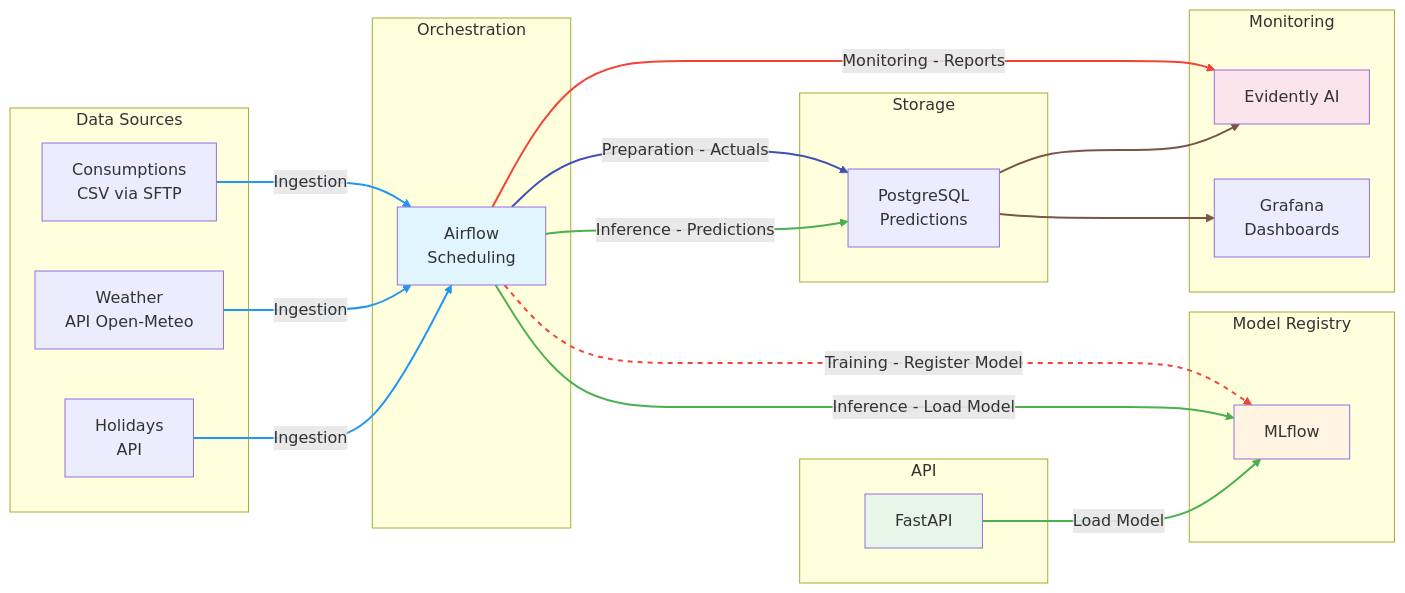
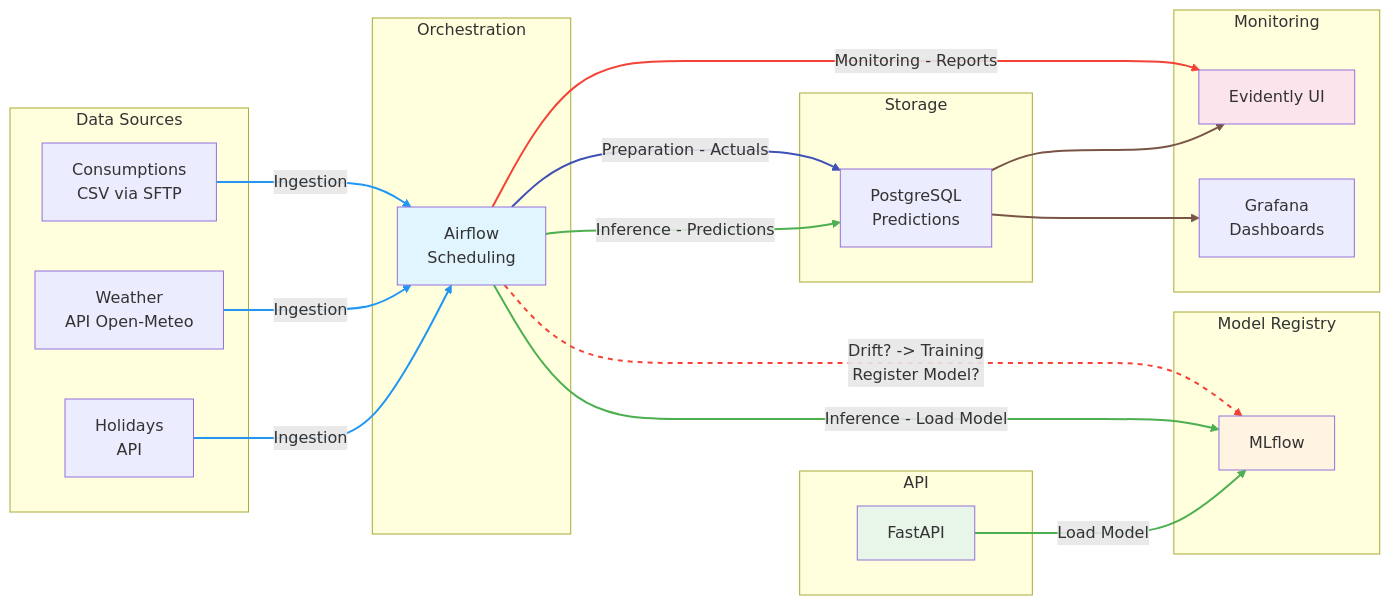
The first of 2 diagrams in Services/docsify/docs/architecture.md (jinsudai/jinsudai), drawn with Mermaid before and after one commit. The commit also changed other lines of this file, not shown here.

Commit message:
Architecture Doc

````diff
--- a/Services/docsify/docs/architecture.md
+++ b/Services/docsify/docs/architecture.md
@@ -3,61 +4,61 @@
 ```mermaid
 graph LR
     subgraph "Data Sources"
         A[Consumptions<br/>CSV via SFTP]
         B[Weather<br/>API Open-Meteo]
         C[Holidays<br/>API]
     end
 
     subgraph "Orchestration"
         D[Airflow<br/>Scheduling]
     end
 
     subgraph "Model Registry"
         F[MLflow]
     end
 
     subgraph "API"
         H[FastAPI]
     end
 
     subgraph "Monitoring"
-        J[Evidently AI]
+        J[Evidently UI]
         K[Grafana<br/>Dashboards]
     end
 
     subgraph "Storage"
         L[PostgreSQL<br/>Predictions]
     end
 
     A -->|Ingestion| D
     B -->|Ingestion| D
     C -->|Ingestion| D
-    D -..->|Training - Register Model| F
+    D -..->|Drift? -> Training<br/>Register Model?| F
     D -->|Inference - Load Model| F
     H -->|Load Model| F
     D -->|Preparation - Actuals| L
     D -->|Inference - Predictions| L
     D -->|Monitoring - Reports| J
     L --> K
     L --> J
 
     %% Ingestion: A,B,C --> D
     linkStyle 0,1,2 stroke:#2196F3,stroke-width:2px
     %% Training: D --> F
     linkStyle 3 stroke:#F44336,stroke-width:2px,stroke-dasharray: 5 5
     %% Inference: F --> D
     linkStyle 4,7 stroke:#4CAF50,stroke-width:2px
     %% EndPoint: F --> H
     linkStyle 5 stroke:#4CAF50,stroke-width:2px
     %% Preparation: D --> L
     linkStyle 6 stroke:#3F51B5,stroke-width:2px
     %% Monitoring: D --> J
     linkStyle 8 stroke:#F44336,stroke-width:2px
     %% Dashboards: L --> K, L --> J
     linkStyle 9,10 stroke:#795548,stroke-width:2px
 
     style D fill:#e1f5ff
     style F fill:#fff4e1
     style H fill:#e8f5e9
     style J fill:#fce4ec
 ```
````
